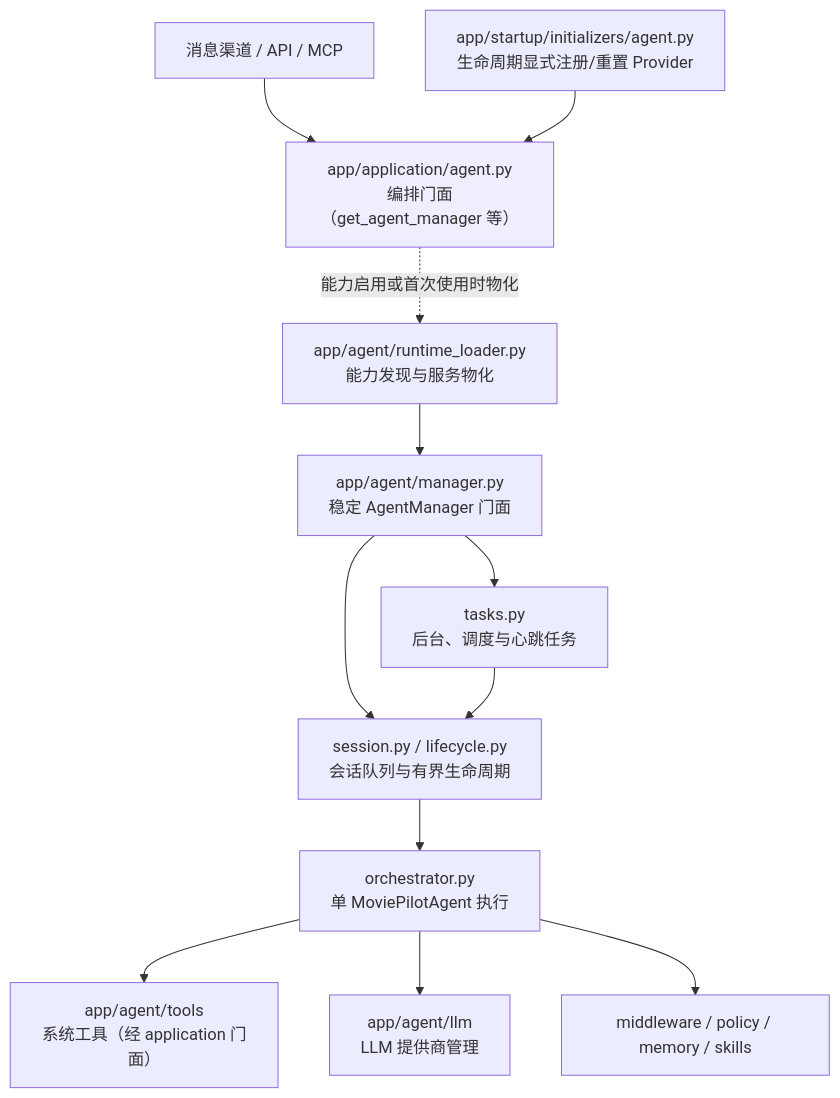
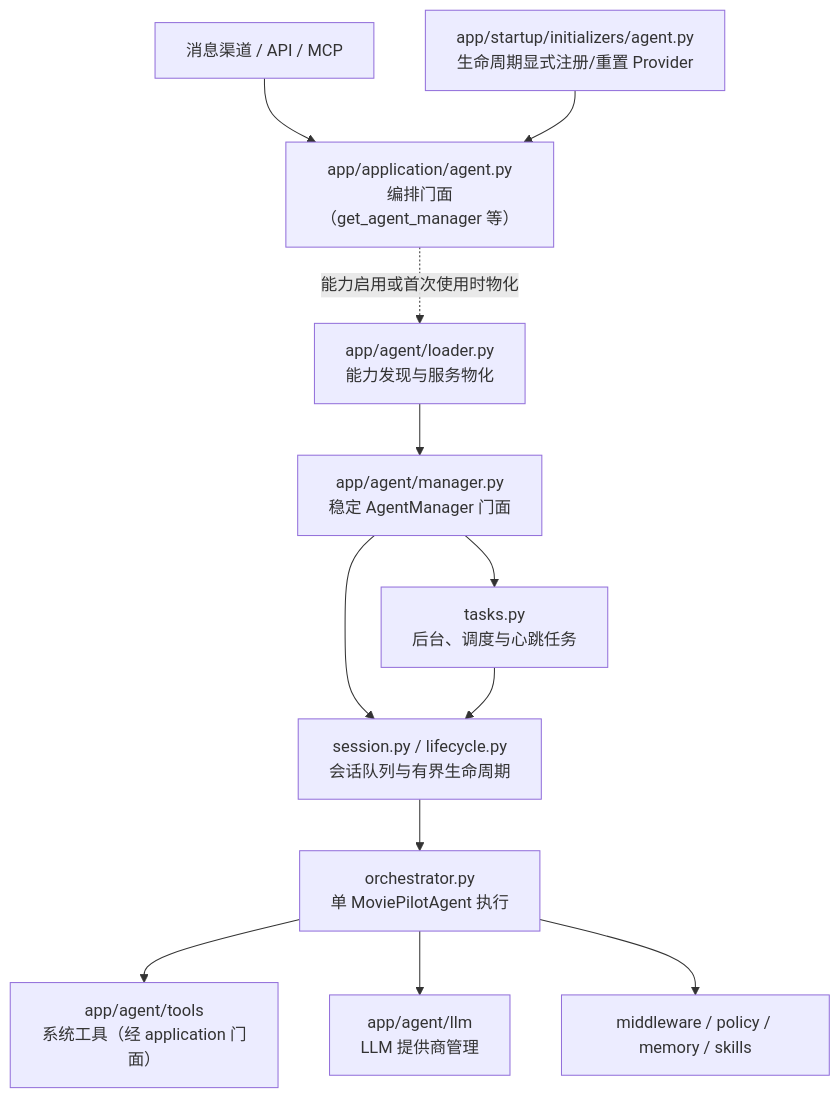
Diagram 12 of 14 in docs/architecture-overview.md (jxxghp/MoviePilot), drawn with Mermaid before and after one commit. The commit also changed other lines of this file and 110 other files, not shown here.

Commit message:
refactor(architecture): enforce module naming policy

````diff
--- a/docs/architecture-overview.md
+++ b/docs/architecture-overview.md
@@ -588,17 +588,17 @@
 ```mermaid
 flowchart TB
     Entry["消息渠道 / API / MCP"] --> Facade["app/application/agent.py<br/>编排门面（get_agent_manager 等）"]
     Reg["app/startup/initializers/agent.py<br/>生命周期显式注册/重置 Provider"]
     Reg --> Facade
-    Facade -.能力启用或首次使用时物化.-> RT["app/agent/runtime_loader.py<br/>能力发现与服务物化"]
+    Facade -.能力启用或首次使用时物化.-> RT["app/agent/loader.py<br/>能力发现与服务物化"]
     RT --> Manager["app/agent/manager.py<br/>稳定 AgentManager 门面"]
     Manager --> Session["session.py / lifecycle.py<br/>会话队列与有界生命周期"]
     Manager --> Tasks["tasks.py<br/>后台、调度与心跳任务"]
     Session --> ORC["orchestrator.py<br/>单 MoviePilotAgent 执行"]
     Tasks --> Session
     ORC --> Tools["app/agent/tools<br/>系统工具（经 application 门面）"]
     ORC --> LLM["app/agent/llm<br/>LLM 提供商管理"]
     ORC --> MW["middleware / policy / memory / skills"]
 
     style Facade fill:#eef
 ```
````
